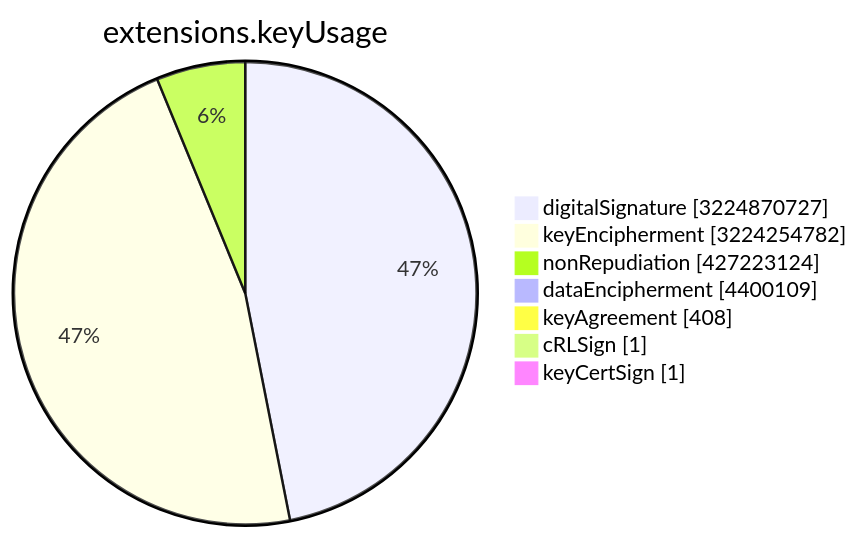
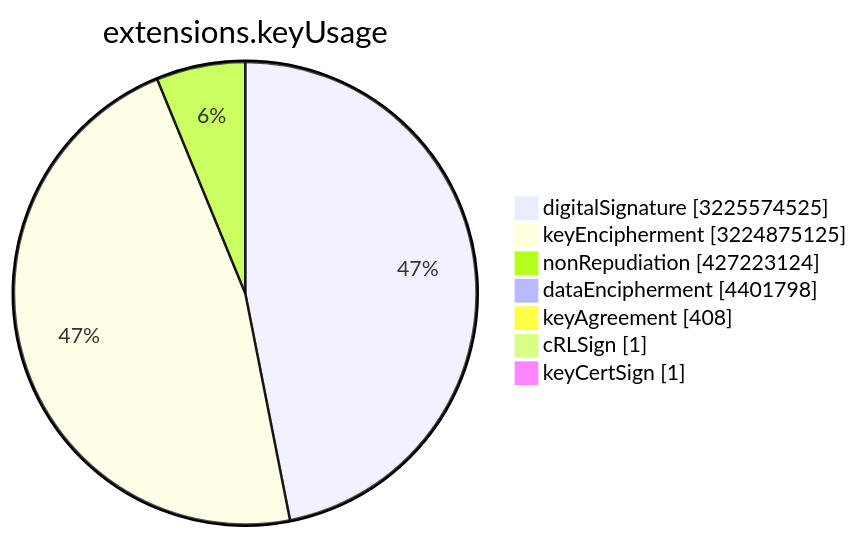
One commit to christiankrug/ctmonitor_visualization changed the sixth of 15 diagrams in TOTAL/README.md. Above: the diagram before and after it, drawn with Mermaid. The commit also changed other lines of this file, not shown here.

````diff
--- a/TOTAL/README.md
+++ b/TOTAL/README.md
@@ -3077,11 +3077,11 @@
 ```mermaid
 pie showData
 title extensions.keyUsage
-"digitalSignature" :3224870727
-"keyEncipherment" :3224254782
+"digitalSignature" :3225574525
+"keyEncipherment" :3224875125
 "nonRepudiation" :427223124
-"dataEncipherment" :4400109
+"dataEncipherment" :4401798
 "keyAgreement" :408
 "cRLSign" :1
 "keyCertSign" :1
 ```
````
